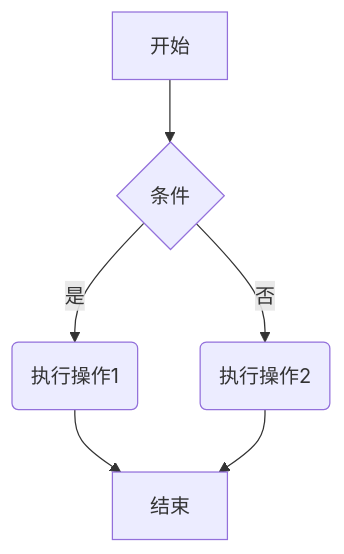
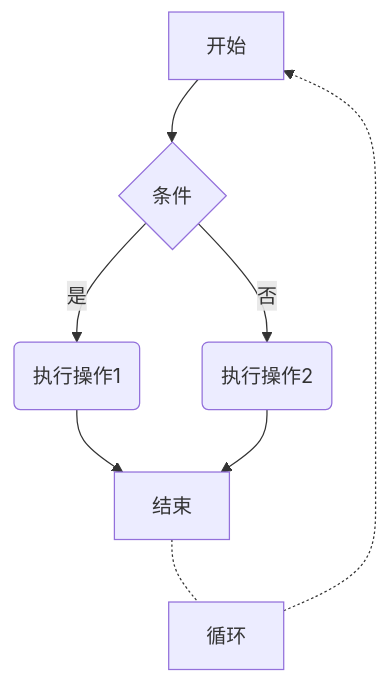
The second of 8 diagrams in Python/10.Mermaid语法(生成图表).md (aa1555/Repository), drawn with Mermaid before and after one commit.

Commit message:
更新 10.Mermaid语法(生成图表).md

````diff
--- a/Python/10.Mermaid语法(生成图表).md
+++ b/Python/10.Mermaid语法(生成图表).md
@@ -46,8 +46,9 @@
 ```mermaid
 graph TD
     A[开始] --> B{条件}
     B --是--> C(执行操作1)
     B --否--> D(执行操作2)
     C --> E[结束]
     D --> E
+    E -.-循环-.-> A
 ```
````
